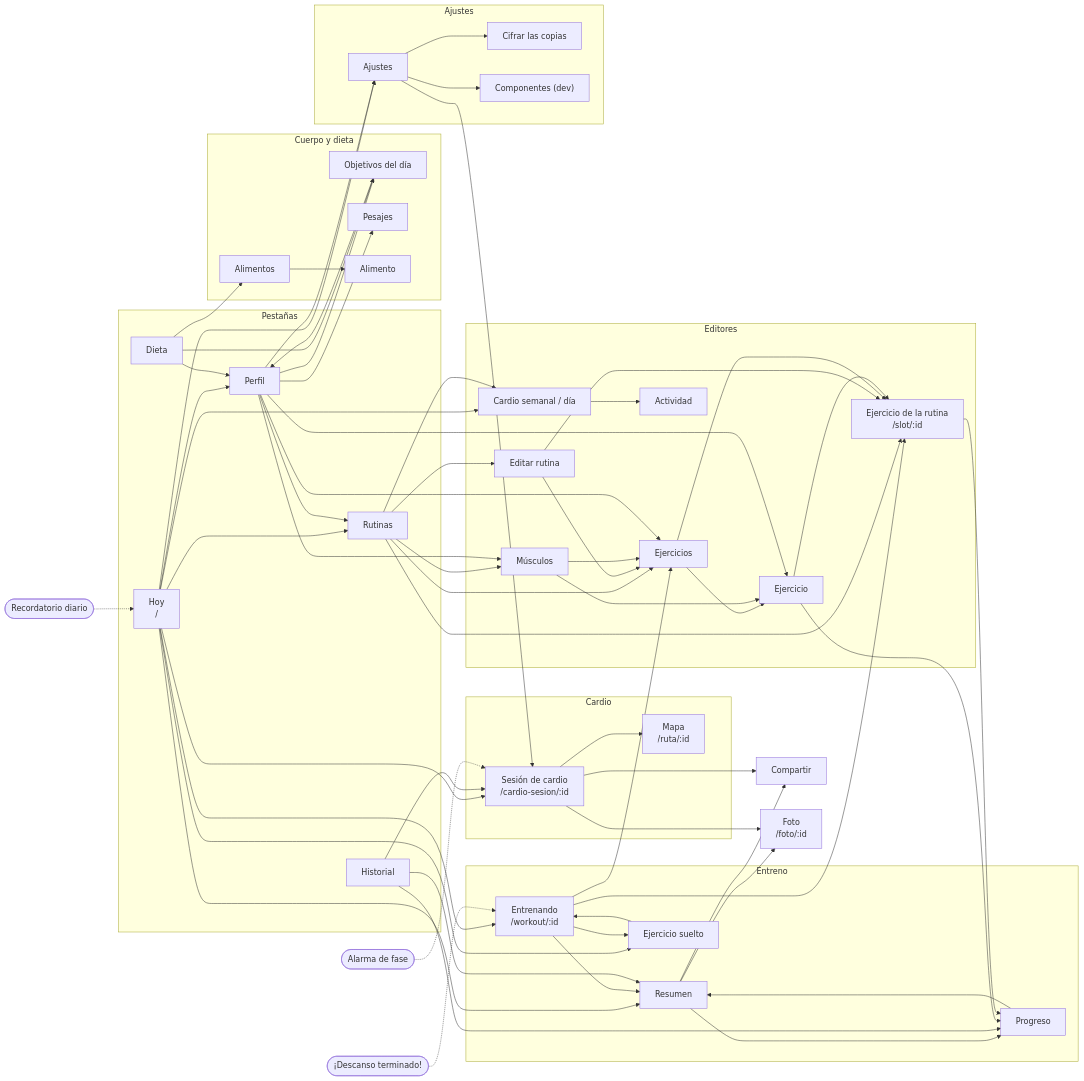
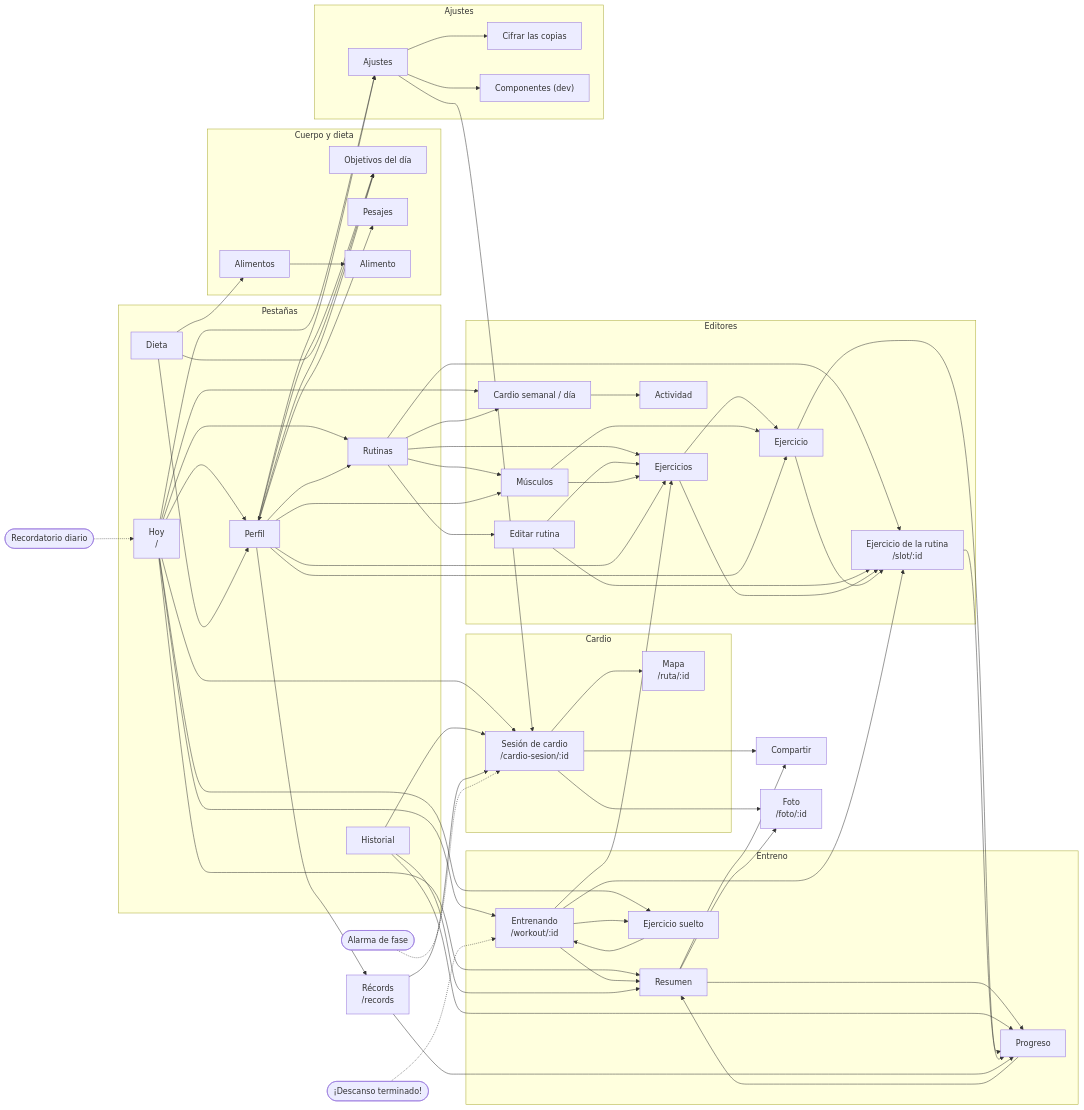
One commit to fabgs/asistente-entrenamiento changed the third of 11 diagrams in ARCHITECTURE.md. Above: the diagram before and after it, drawn with Mermaid. The commit also changed other lines of this file and 39 other files, not shown here.

```diff
--- a/ARCHITECTURE.md
+++ b/ARCHITECTURE.md
@@ -443,6 +456,7 @@
     ACT["Actividad"]
     MUS["Músculos"]
   end
+  REC["Récords<br/>/records"]
   subgraph BOD["Cuerpo y dieta"]
     OBJ["Objetivos del día"]
     PES["Pesajes"]
@@ -499,6 +513,9 @@
   PER --> EJ
   PER --> EJS
   PER --> RUT
+  PER --> REC
+  REC --> PRO
+  REC --> CS
   DIE --> OBJ
   DIE --> ALS
   DIE --> PER
```
